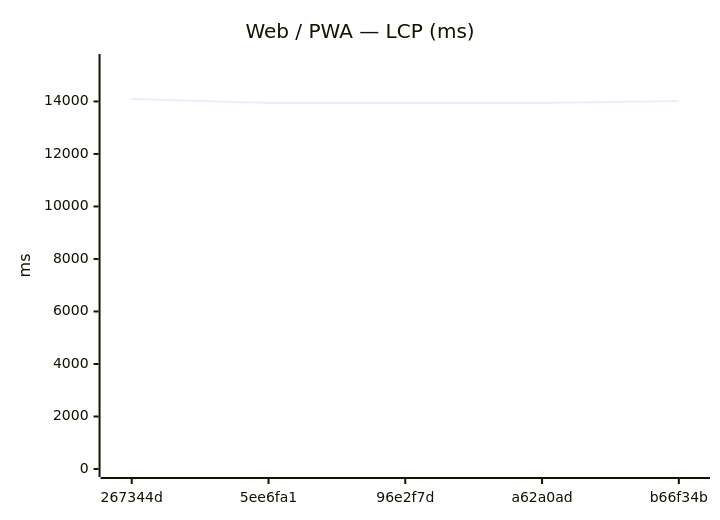
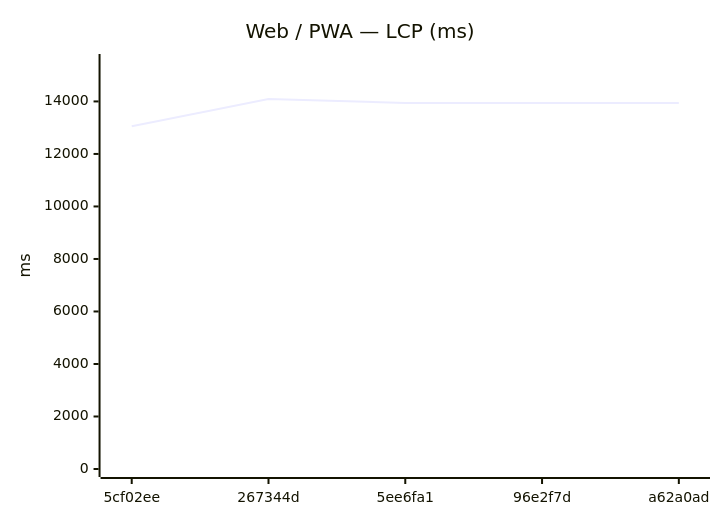
Before and after one commit to Metaheurist/Rianell: the seventh of 18 diagrams in benchmarks/compare.md, drawn with Mermaid. The commit also changed other lines of this file and 11 other files, not shown here.

````diff
--- a/benchmarks/compare.md
+++ b/benchmarks/compare.md
@@ -117,7 +117,7 @@
 ```mermaid
 xychart-beta
     title "Web / PWA — LCP (ms)"
-    x-axis ["267344d", "5ee6fa1", "96e2f7d", "a62a0ad", "b66f34b"]
+    x-axis ["5cf02ee", "267344d", "5ee6fa1", "96e2f7d", "a62a0ad"]
     y-axis "ms" 0 --> 15502
-    line [14092, 13942, 13945, 13945, 14014]
+    line [13053, 14092, 13942, 13945, 13945]
 ```
````
